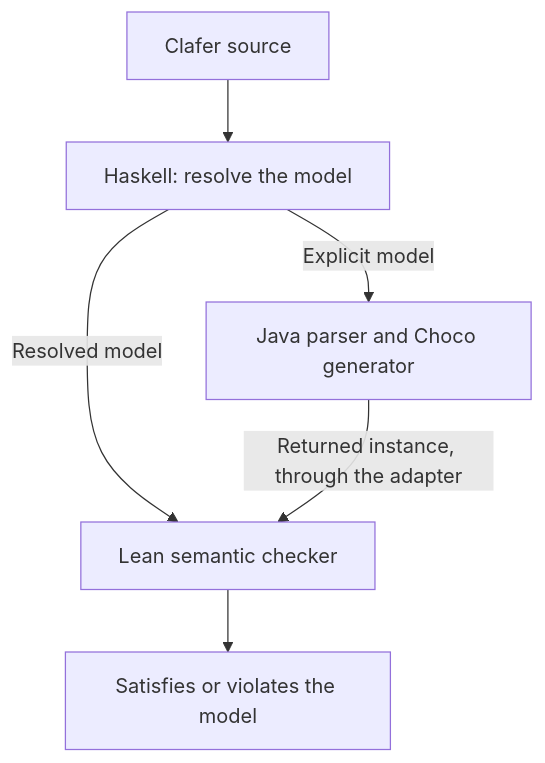
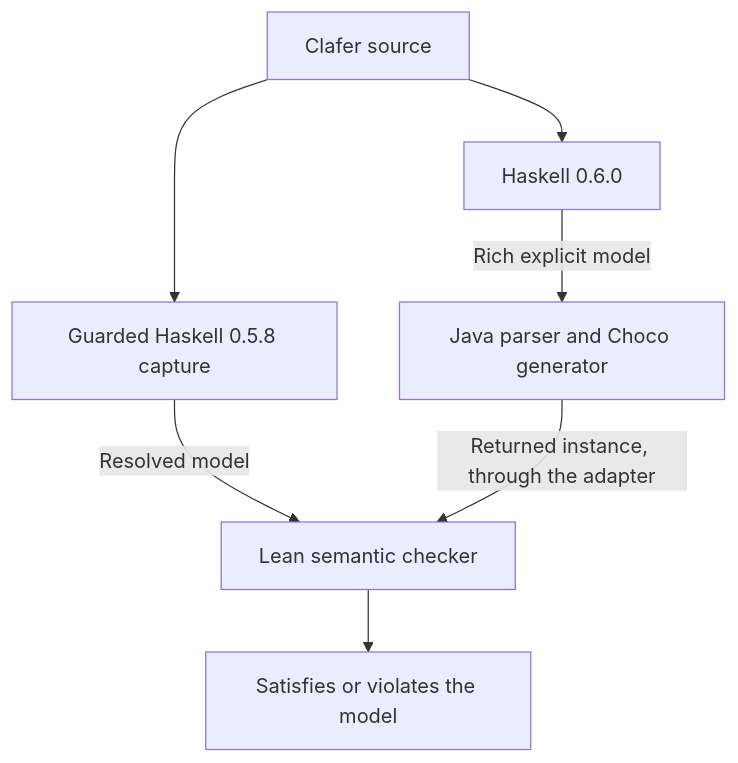
The diagram in docs/choco.md (kbak/clafer-compiler-lean), drawn with Mermaid before and after one commit. The commit also changed 12 other files, not shown here.

Commit message:
Check release 0.6.0 rich models through the Choco adapter (#154)

````diff
--- a/docs/choco.md
+++ b/docs/choco.md
@@ -15,8 +15,9 @@
 ```mermaid
 flowchart TD
-  source["Clafer source"] --> haskell["Haskell: resolve the model"]
-  haskell -->|Explicit model| choco["Java parser and Choco generator"]
-  haskell -->|Resolved model| checker["Lean semantic checker"]
+  source["Clafer source"] --> haskell["Haskell 0.6.0"]
+  source --> admission["Guarded Haskell 0.5.8 capture"]
+  haskell -->|Rich explicit model| choco["Java parser and Choco generator"]
+  admission -->|Resolved model| checker["Lean semantic checker"]
   choco -->|Returned instance, through the adapter| checker
   checker --> verdict["Satisfies or violates the model"]
 ```
````
